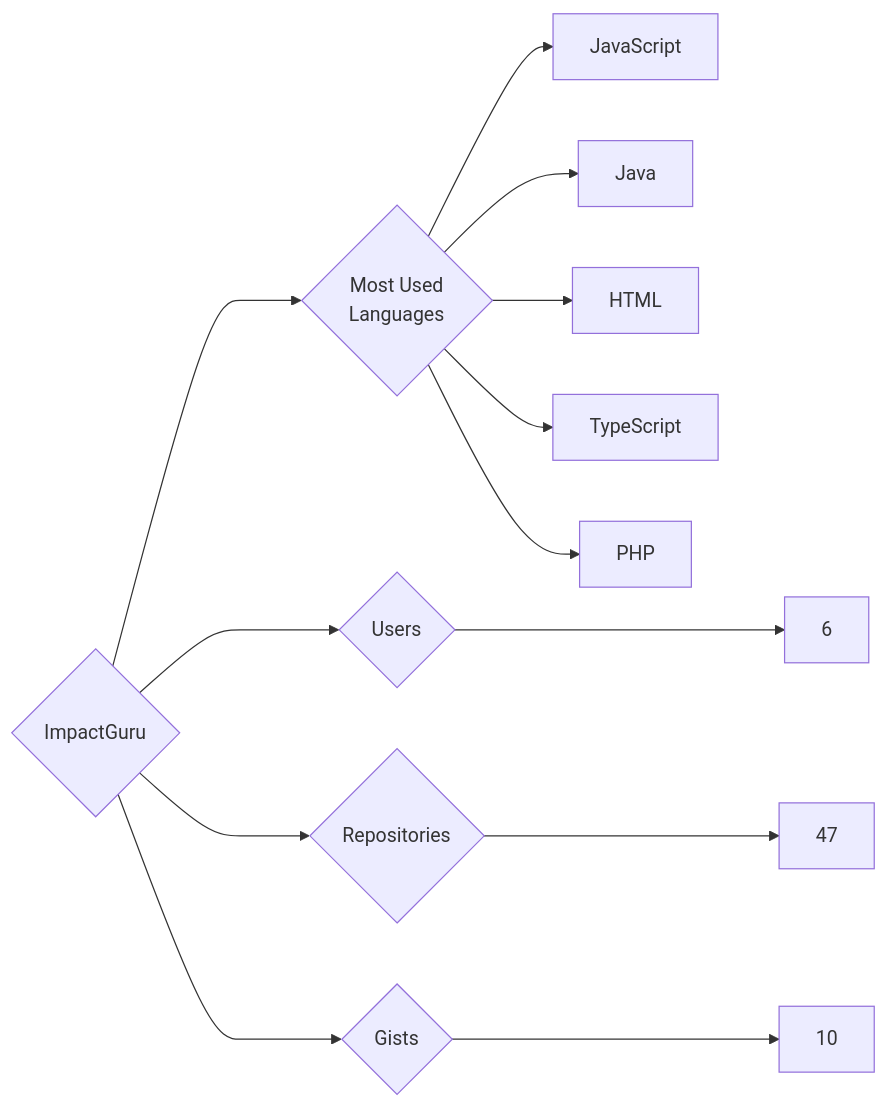
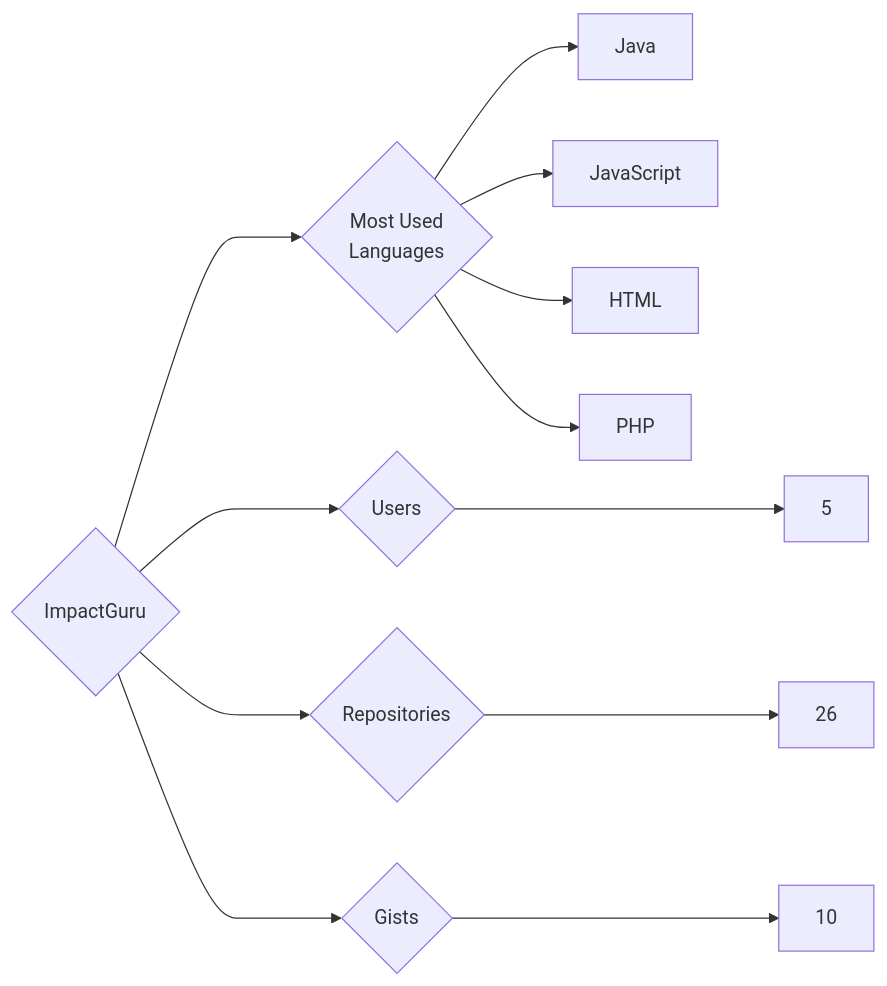
Before and after one commit to trickest/insiders: the diagram in targets/ImpactGuru/README.md, drawn with Mermaid. The commit also changed 1007 other files, not shown here.

````diff
--- a/targets/ImpactGuru/README.md
+++ b/targets/ImpactGuru/README.md
@@ -3,13 +3,12 @@
 ```mermaid
 graph LR
 COMPANY_NAME{ImpactGuru}
-COMPANY_NAME ---> U{Users} ---> UN[6]
-COMPANY_NAME ---> R{Repositories} ---> RN[47]
+COMPANY_NAME ---> U{Users} ---> UN[5]
+COMPANY_NAME ---> R{Repositories} ---> RN[26]
 COMPANY_NAME ---> G{Gists} ---> GN[10]
 COMPANY_NAME ---> ML{Most Used<br>Languages}
+ML --> Java[Java]
 ML --> JavaScript[JavaScript]
-ML --> Java[Java]
 ML --> HTML[HTML]
-ML --> TypeScript[TypeScript]
 ML --> PHP[PHP]
 ```
````
